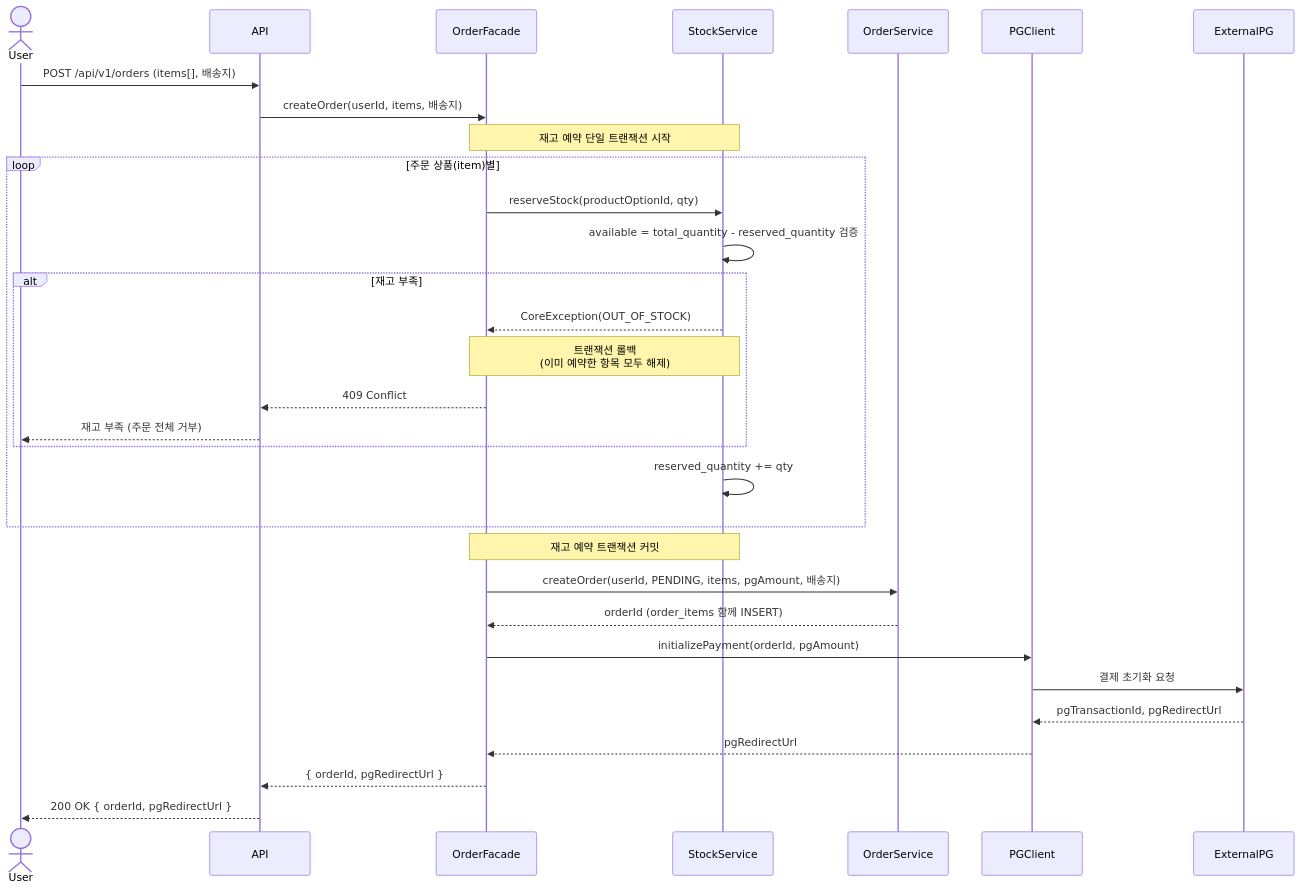
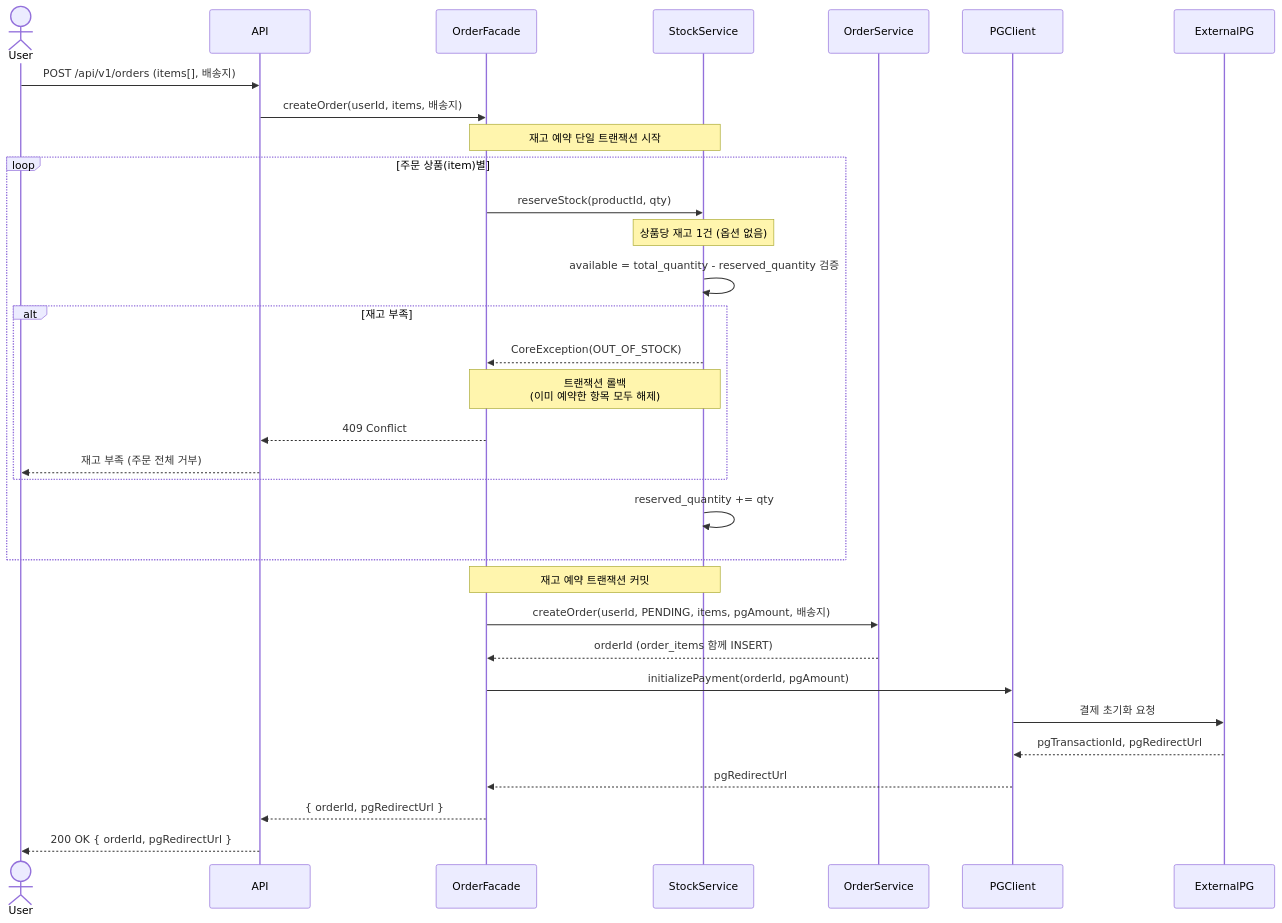
The first of 7 diagrams in .docs/design/02-sequence-diagrams.md (loopers-labs/loop-pack-be-l2-vol4-java), drawn with Mermaid before and after one commit. The commit also changed other lines of this file and 3 other files, not shown here.

````diff
--- a/.docs/design/02-sequence-diagrams.md
+++ b/.docs/design/02-sequence-diagrams.md
@@ -8,40 +8,41 @@
 ```mermaid
 sequenceDiagram
     actor User
     participant API
     participant OrderFacade
     participant StockService
     participant OrderService
     participant PGClient
     participant ExternalPG
 
     User->>API: POST /api/v1/orders (items[], 배송지)
     API->>OrderFacade: createOrder(userId, items, 배송지)
 
     Note over OrderFacade, StockService: 재고 예약 단일 트랜잭션 시작
     loop 주문 상품(item)별
-        OrderFacade->>StockService: reserveStock(productOptionId, qty)
+        OrderFacade->>StockService: reserveStock(productId, qty)
+        Note over StockService: 상품당 재고 1건 (옵션 없음)
         StockService->>StockService: available = total_quantity - reserved_quantity 검증
 
         alt 재고 부족
             StockService-->>OrderFacade: CoreException(OUT_OF_STOCK)
             Note over OrderFacade, StockService: 트랜잭션 롤백<br/>(이미 예약한 항목 모두 해제)
             OrderFacade-->>API: 409 Conflict
             API-->>User: 재고 부족 (주문 전체 거부)
         end
 
         StockService->>StockService: reserved_quantity += qty
     end
     Note over OrderFacade, StockService: 재고 예약 트랜잭션 커밋
 
     OrderFacade->>OrderService: createOrder(userId, PENDING, items, pgAmount, 배송지)
     OrderService-->>OrderFacade: orderId (order_items 함께 INSERT)
 
     OrderFacade->>PGClient: initializePayment(orderId, pgAmount)
     PGClient->>ExternalPG: 결제 초기화 요청
     ExternalPG-->>PGClient: pgTransactionId, pgRedirectUrl
     PGClient-->>OrderFacade: pgRedirectUrl
 
     OrderFacade-->>API: { orderId, pgRedirectUrl }
     API-->>User: 200 OK { orderId, pgRedirectUrl }
 ```
````
